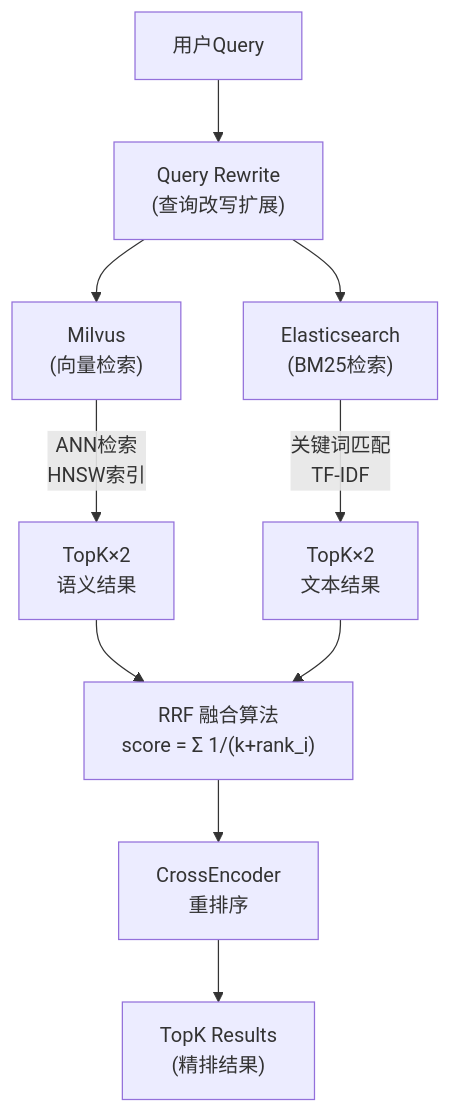
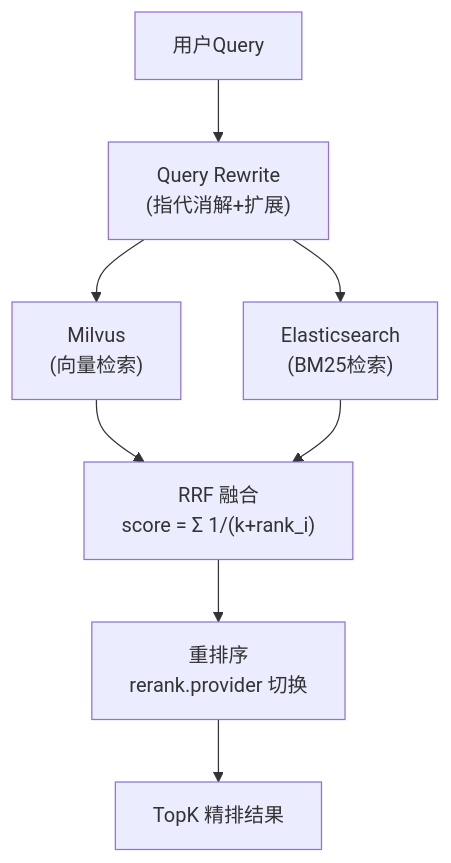
Before and after one commit to carlisle-withs/RAGGG: the sixth of 10 diagrams in README.md, drawn with Mermaid. The commit also changed other lines of this file, not shown here.

````diff
--- a/README.md
+++ b/README.md
@@ -612,16 +633,13 @@
 ```mermaid
 flowchart TB
-    Query["用户Query"] --> Rewrite["Query Rewrite<br/>(查询改写扩展)"]
-    
+    Query["用户Query"] --> Rewrite["Query Rewrite<br/>(指代消解+扩展)"]
+
     Rewrite --> Milvus["Milvus<br/>(向量检索)"]
     Rewrite --> ES["Elasticsearch<br/>(BM25检索)"]
-    
-    Milvus -->|ANN检索<br/>HNSW索引| VecResults["TopK×2<br/>语义结果"]
-    ES -->|关键词匹配<br/>TF-IDF| TextResults["TopK×2<br/>文本结果"]
-    
-    VecResults --> RRF["RRF 融合算法<br/>score = Σ 1/(k+rank_i)"]
-    TextResults --> RRF
-    
-    RRF --> Cross["CrossEncoder<br/>重排序"]
-    Cross --> TopK["TopK Results<br/>(精排结果)"]
+
+    Milvus --> RRF["RRF 融合<br/>score = Σ 1/(k+rank_i)"]
+    ES --> RRF
+
+    RRF --> Cross["重排序<br/>rerank.provider 切换"]
+    Cross --> TopK["TopK 精排结果"]
 ```
````
